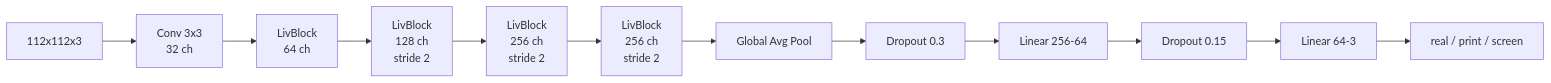
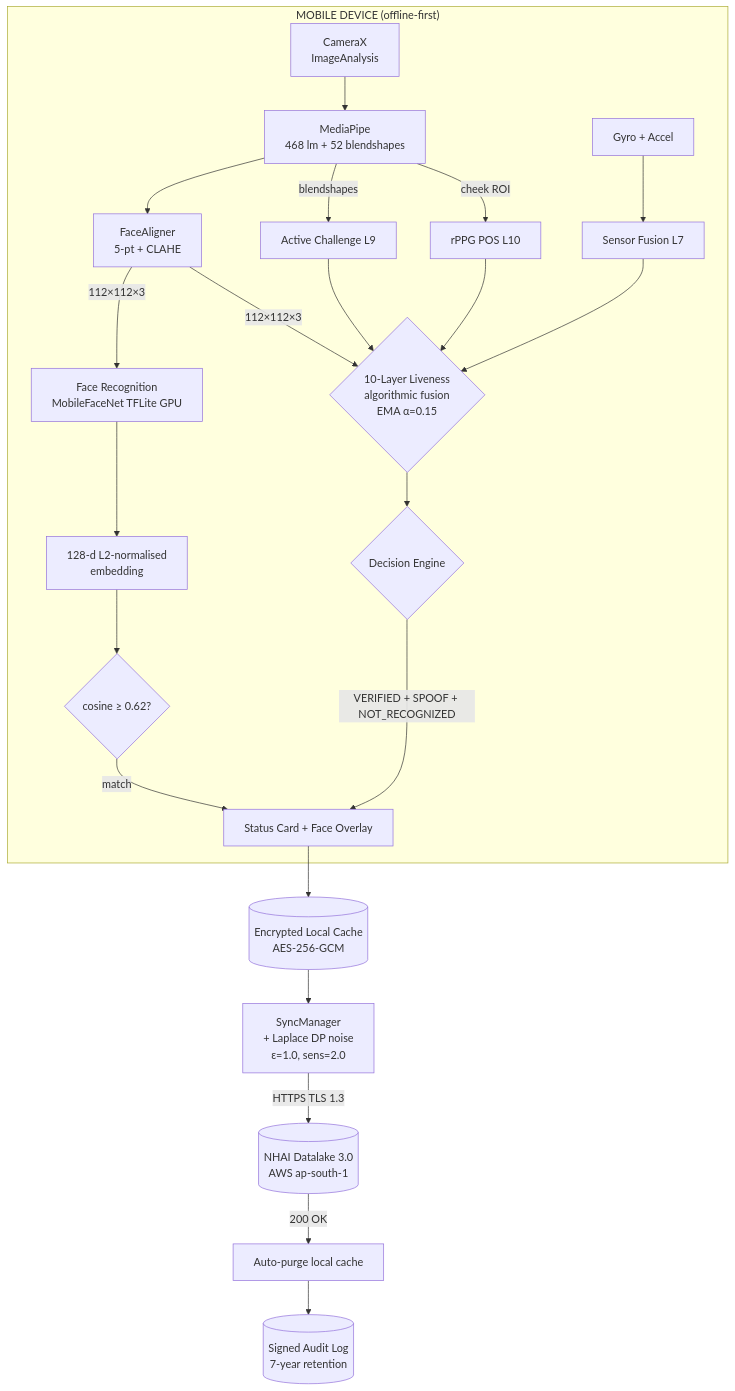
One commit to krsnaSuraj/NetraEdge changed the second of 2 diagrams in README.md. Above: the diagram before and after it, drawn with Mermaid. The commit also changed other lines of this file and 150 other files, not shown here.

````diff
--- a/README.md
+++ b/README.md
@@ -129,14 +122,25 @@
 ```mermaid
-graph LR
-    INPUT[112x112x3] --> C1[Conv 3x3<br/>32 ch]
-    C1 --> LB1[LivBlock<br/>64 ch]
-    LB1 --> LB2[LivBlock<br/>128 ch<br/>stride 2]
-    LB2 --> LB3[LivBlock<br/>256 ch<br/>stride 2]
-    LB3 --> LB4[LivBlock<br/>256 ch<br/>stride 2]
-    LB4 --> GAP[Global Avg Pool]
-    GAP --> D1[Dropout 0.3]
-    D1 --> FC1[Linear 256-64]
-    FC1 --> D2[Dropout 0.15]
-    D2 --> FC2[Linear 64-3]
-    FC2 --> OUT[real / print / screen]
+flowchart TB
+    subgraph DEV["MOBILE DEVICE (offline-first)"]
+        CAM[CameraX<br/>ImageAnalysis] --> MP[MediaPipe<br/>468 lm + 52 blendshapes]
+        MP --> ALN[FaceAligner<br/>5-pt + CLAHE]
+        ALN -->|112×112×3| TFR[Face Recognition<br/>MobileFaceNet TFLite GPU]
+        ALN -->|112×112×3| FUS{10-Layer Liveness<br/>algorithmic fusion<br/>EMA α=0.15}
+        SENS[Gyro + Accel] --> SF[Sensor Fusion L7]
+        SF --> FUS
+        MP -->|blendshapes| CH[Active Challenge L9]
+        MP -->|cheek ROI| RP[rPPG POS L10]
+        CH --> FUS
+        RP --> FUS
+        TFR --> EM[128-d L2-normalised<br/>embedding]
+        FUS --> DEC{Decision Engine}
+        EM --> MATCH{cosine ≥ 0.62?}
+        DEC -->|VERIFIED + SPOOF + NOT_RECOGNIZED| UI[Status Card + Face Overlay]
+        MATCH -->|match| UI
+    end
+    UI --> CACHE[(Encrypted Local Cache<br/>AES-256-GCM)]
+    CACHE --> SYNC[SyncManager<br/>+ Laplace DP noise<br/>ε=1.0, sens=2.0]
+    SYNC -->|HTTPS TLS 1.3| AWS[(NHAI Datalake 3.0<br/>AWS ap-south-1)]
+    AWS -->|200 OK| PURGE[Auto-purge local cache]
+    PURGE --> AUDIT[(Signed Audit Log<br/>7-year retention)]
 ```
````
